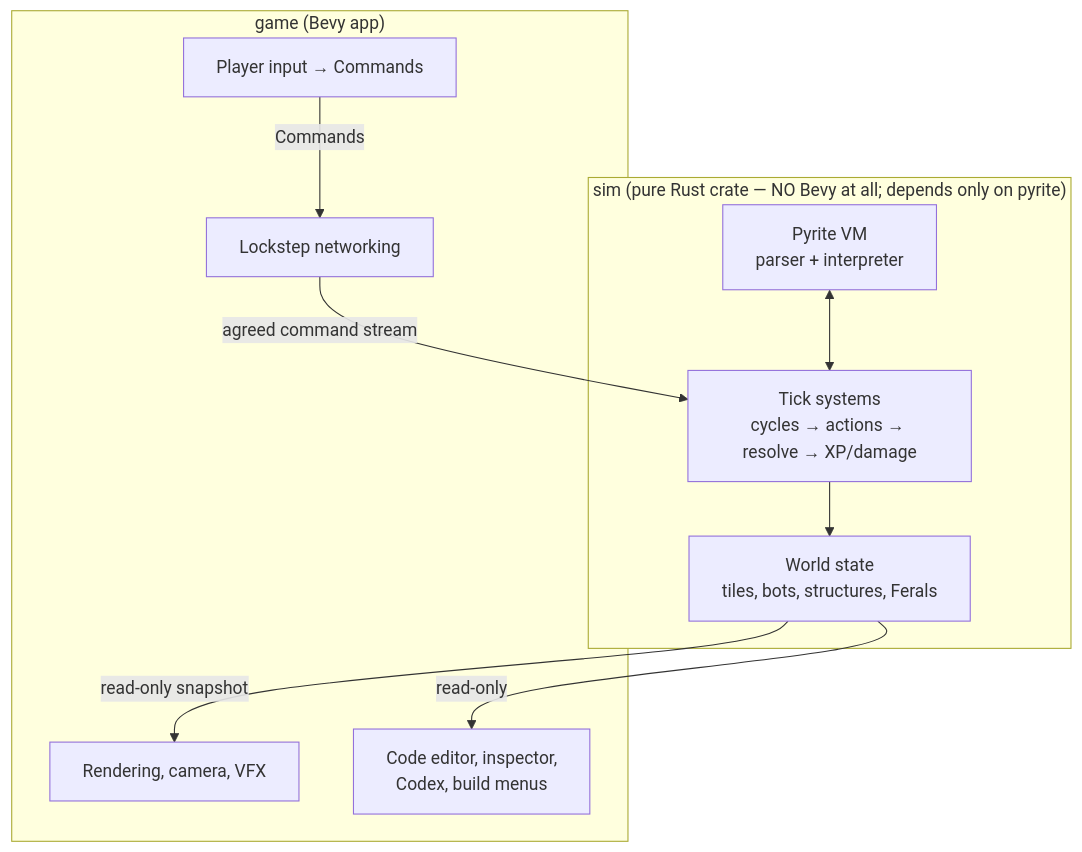
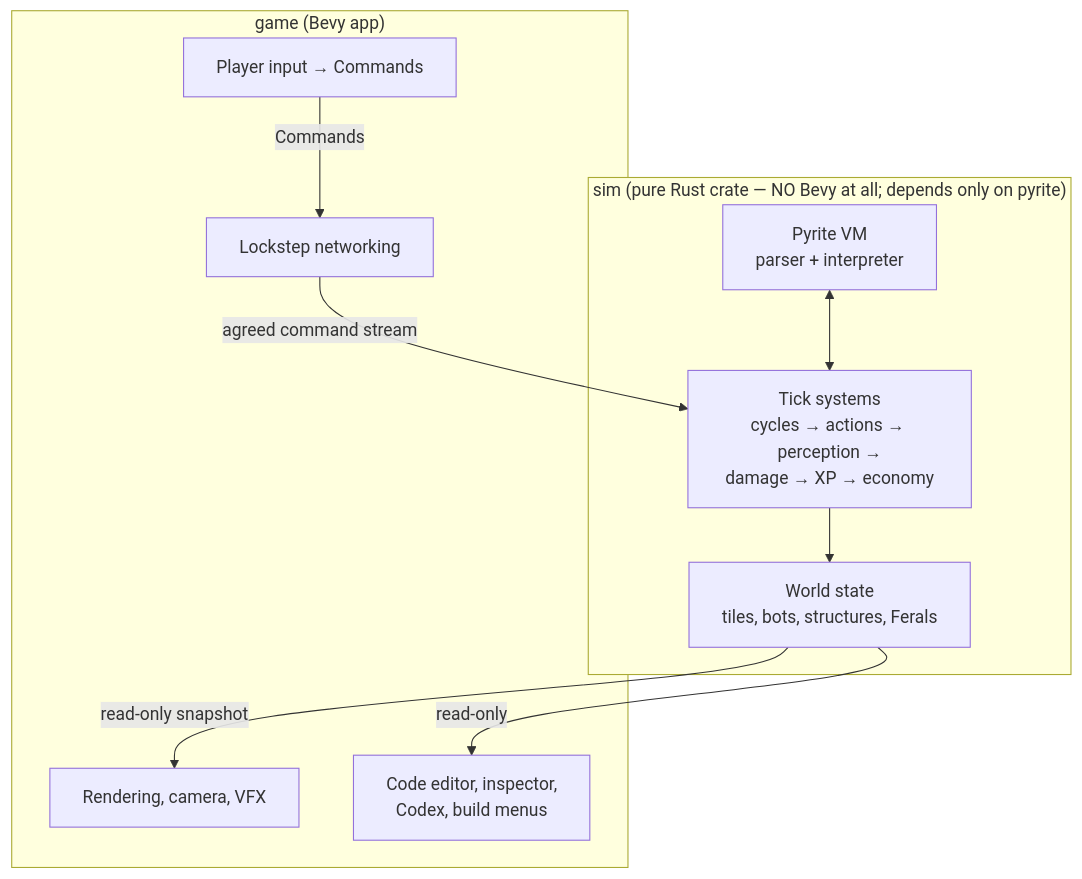
One commit to mmmtastymmm/programming-game-planned changed the first of 2 diagrams in docs/07-architecture.md. Above: the diagram before and after it, drawn with Mermaid. The commit also changed other lines of this file and 10 other files, not shown here.

````diff
--- a/docs/07-architecture.md
+++ b/docs/07-architecture.md
@@ -7,22 +7,22 @@
 ```mermaid
 flowchart TD
     subgraph SimCrate["sim (pure Rust crate — NO Bevy at all; depends only on pyrite)"]
         VM[Pyrite VM<br/>parser + interpreter]
         WORLD[World state<br/>tiles, bots, structures, Ferals]
-        SYS[Tick systems<br/>cycles → actions → resolve → XP/damage]
+        SYS[Tick systems<br/>cycles → actions → perception →<br/>damage → XP → economy]
     end
 
     subgraph GameCrate["game (Bevy app)"]
         NET[Lockstep networking]
         REND[Rendering, camera, VFX]
         UI[Code editor, inspector,<br/>Codex, build menus]
         INPUT[Player input → Commands]
     end
 
     INPUT -->|Commands| NET
     NET -->|agreed command stream| SYS
     SYS --> WORLD
     VM <--> SYS
     WORLD -->|read-only snapshot| REND
     WORLD -->|read-only| UI
 ```
````
